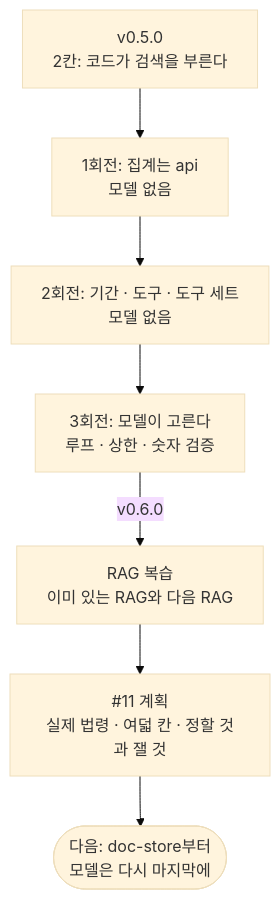
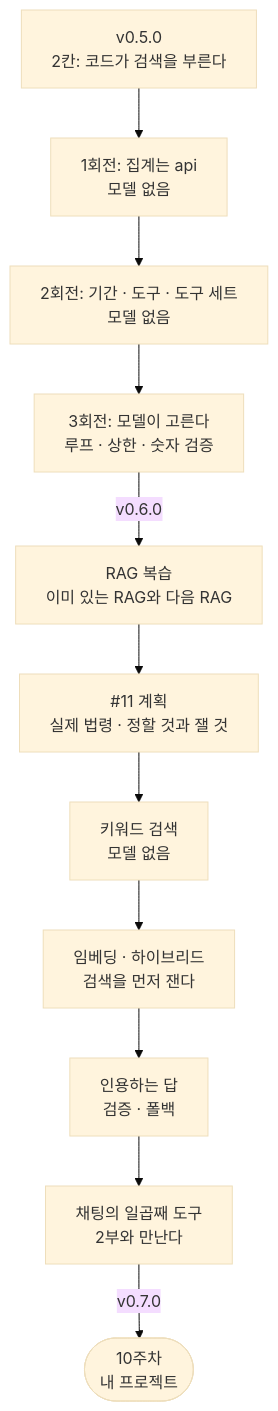
The ninth of 9 diagrams in site/src/content/courses/ko/session-09-3/index.mdx (2026-ai-service-engineering-a/ai_service_engineering-track_a), drawn with Mermaid (base theme) before and after one commit. The commit also changed other lines of this file, not shown here.

````diff
--- a/site/src/content/courses/ko/session-09-3/index.mdx
+++ b/site/src/content/courses/ko/session-09-3/index.mdx
@@ -1306,9 +1802,13 @@
 ```mermaid
 flowchart TB
     V5["v0.5.0<br/>2칸: 코드가 검색을 부른다"] --> A["1회전: 집계는 api<br/>모델 없음"]
     A --> T["2회전: 기간 · 도구 · 도구 세트<br/>모델 없음"]
     T --> L["3회전: 모델이 고른다<br/>루프 · 상한 · 숫자 검증"]
     L -->|"v0.6.0"| R["RAG 복습<br/>이미 있는 RAG와 다음 RAG"]
-    R --> P["#11 계획<br/>실제 법령 · 여덟 칸 · 정할 것과 잴 것"]
-    P --> N(["다음: doc-store부터<br/>모델은 다시 마지막에"])
+    R --> P["#11 계획<br/>실제 법령 · 정할 것과 잴 것"]
+    P --> S["키워드 검색<br/>모델 없음"]
+    S --> I["임베딩 · 하이브리드<br/>검색을 먼저 잰다"]
+    I --> Q["인용하는 답<br/>검증 · 폴백"]
+    Q --> D["채팅의 일곱째 도구<br/>2부와 만난다"]
+    D -->|"v0.7.0"| N(["10주차<br/>내 프로젝트"])
 ```
````
